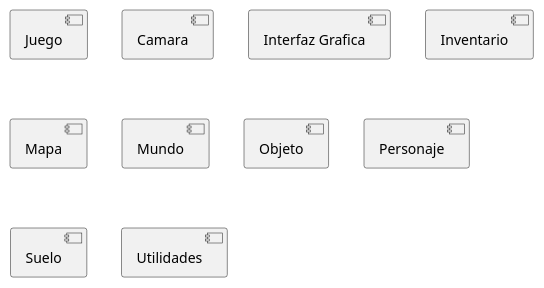
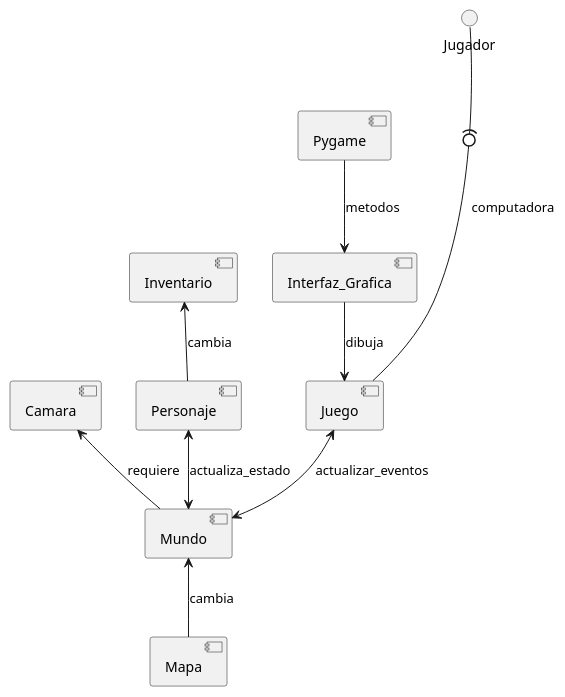
Before and after one commit to JosiasTomasnanez/SatisPlanning-game: the diagram in doc/componente.puml, drawn with PlantUML.

Commit message:
actualizacion componente.puml
Primera version del diagrama de Componentes

```diff
--- a/doc/componente.puml
+++ b/doc/componente.puml
@@ -1,13 +1,19 @@
 @startuml DiagramaComponente
 [Juego]
 [Camara]
-[Interfaz Grafica]
+[Interfaz_Grafica]
 [Inventario]
 [Mapa]
 [Mundo]
-[Objeto]
 [Personaje]
-[Suelo]
-[Utilidades]
-
+[Pygame]
+[Mundo]
+Jugador --(0-- Juego : computadora
+Juego  <--> Mundo: actualizar_eventos
+Interfaz_Grafica --> Juego: dibuja
+Pygame --> Interfaz_Grafica: metodos
+Camara <-- Mundo: requiere
+Personaje <--> Mundo: actualiza_estado
+Mundo <-- Mapa: cambia
+Inventario <-- Personaje: cambia
 @enduml
```
